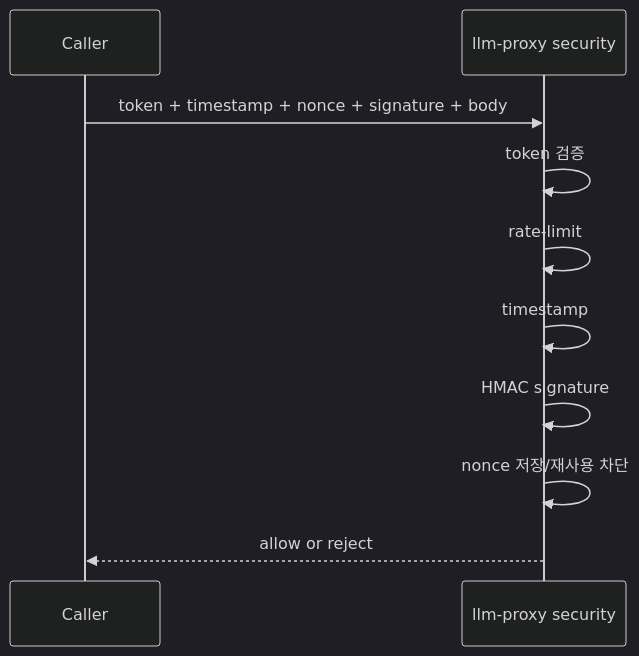
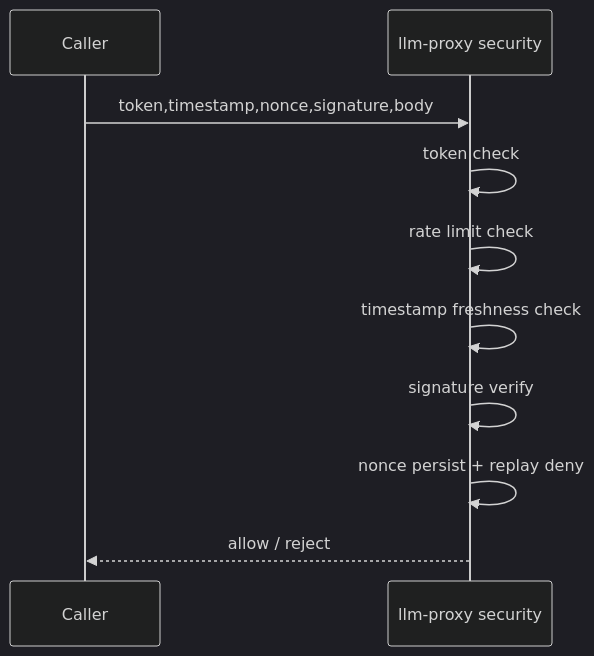
The second of 4 diagrams in docs/SECURITY_BASELINE.md (Merchantlee99/Personal-AI-agent-v2), drawn with Mermaid (dark theme) before and after one commit. The commit also changed other lines of this file and 43 other files, not shown here.

````diff
--- a/docs/SECURITY_BASELINE.md
+++ b/docs/SECURITY_BASELINE.md
@@ -49,13 +59,13 @@
 ```mermaid
 sequenceDiagram
   participant C as Caller
   participant P as llm-proxy security
 
-  C->>P: token + timestamp + nonce + signature + body
-  P->>P: token 검증
-  P->>P: rate-limit
-  P->>P: timestamp
-  P->>P: HMAC signature
-  P->>P: nonce 저장/재사용 차단
-  P-->>C: allow or reject
+  C->>P: token,timestamp,nonce,signature,body
+  P->>P: token check
+  P->>P: rate limit check
+  P->>P: timestamp freshness check
+  P->>P: signature verify
+  P->>P: nonce persist + replay deny
+  P-->>C: allow / reject
 ```
````
